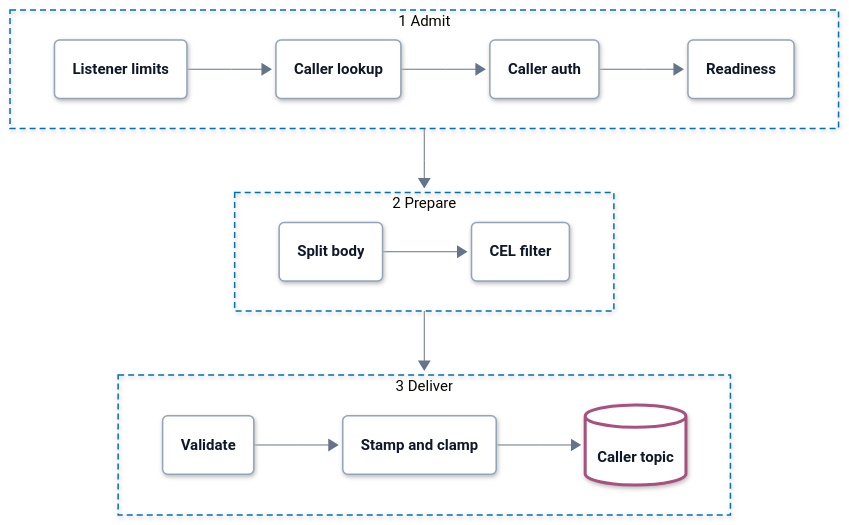
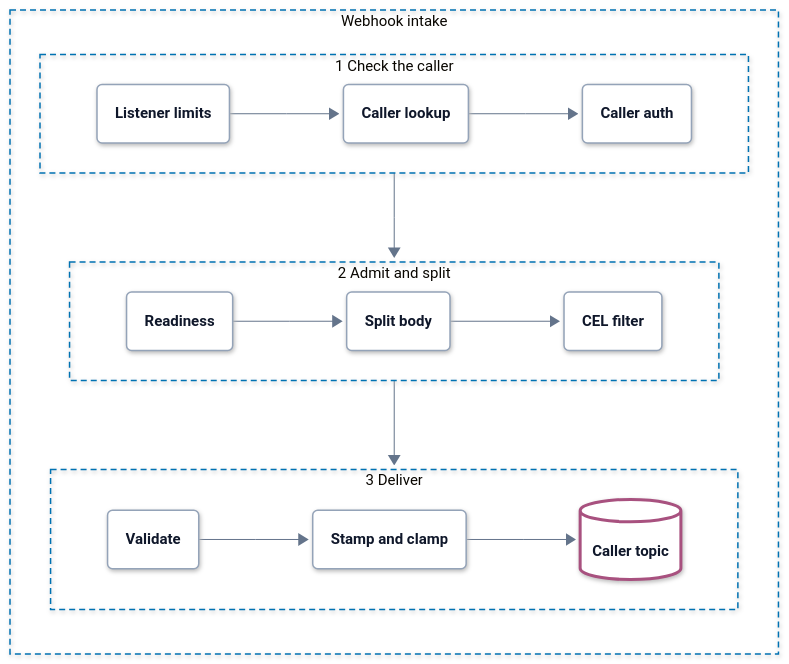
The diagram in docs/webhook-setup.md (hyperi-io/dfe-receiver), drawn with Mermaid before and after one commit. The commit also changed other lines of this file and 7 other files, not shown here.

First line of the commit message:
docs(architecture): bring the receiver pages to the architecture standard (#280)

```diff
--- a/docs/webhook-setup.md
+++ b/docs/webhook-setup.md
@@ -65,19 +62,24 @@
     accTitle: L4 Detail -- Webhook intake
     accDescr: A webhook request is admitted in four steps, the listener limits, the caller lookup, the caller's auth and the readiness check. Its body is then split into records and filtered. Each record left is validated, stamped and written to the caller's topic.
 
-    subgraph s1["1 Admit"]
+    subgraph intake["Webhook intake"]
+    direction TB
+    subgraph s1["1 Check the caller"]
         direction LR
-        limits("<b>Listener limits</b>") --> lookup("<b>Caller lookup</b>") --> auth("<b>Caller auth</b>") --> ready("<b>Readiness</b>")
+        limits("<b>Listener limits</b>") --> lookup("<b>Caller lookup</b>") --> auth("<b>Caller auth</b>")
     end
-    subgraph s2["2 Prepare"]
+    subgraph s2["2 Admit and split"]
         direction LR
-        split("<b>Split body</b>") --> filter("<b>CEL filter</b>")
+        ready("<b>Readiness</b>") --> split("<b>Split body</b>") --> filter("<b>CEL filter</b>")
     end
     subgraph s3["3 Deliver"]
         direction LR
         validate("<b>Validate</b>") --> stamp("<b>Stamp and clamp</b>") --> topic[("<b>Caller topic</b>")]
     end
     s1 --> s2 --> s3
+    end
+  class limits,lookup,auth,ready,split,filter,validate,stamp part
+  class topic bus
   classDef ext fill:#F4F6F8,stroke:#94A3B8,stroke-width:1.5px,stroke-dasharray:5 4,color:#0F172A
   classDef ingest fill:#FFFFFF,stroke:#0E8A7D,stroke-width:3px,color:#0F172A
   classDef xform fill:#FFFFFF,stroke:#7B4FB0,stroke-width:3px,color:#0F172A
@@ -89,8 +91,7 @@
   classDef error fill:#FFFFFF,stroke:#C2410C,stroke-width:3px,color:#0F172A
   classDef control fill:#FFFFFF,stroke:#334155,stroke-width:3px,color:#0F172A
   classDef part fill:#FFFFFF,stroke:#94A3B8,stroke-width:1.5px,color:#0F172A
-  class limits,lookup,auth,ready,split,filter,validate,stamp part
-  class topic bus
+  style intake fill:none,stroke:#0072B2,stroke-width:1.5px,stroke-dasharray:6 4
   style s1 fill:none,stroke:#0072B2,stroke-width:1.5px,stroke-dasharray:6 4
   style s2 fill:none,stroke:#0072B2,stroke-width:1.5px,stroke-dasharray:6 4
   style s3 fill:none,stroke:#0072B2,stroke-width:1.5px,stroke-dasharray:6 4
```
